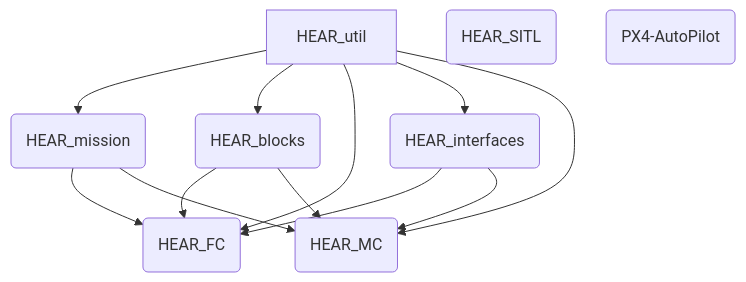
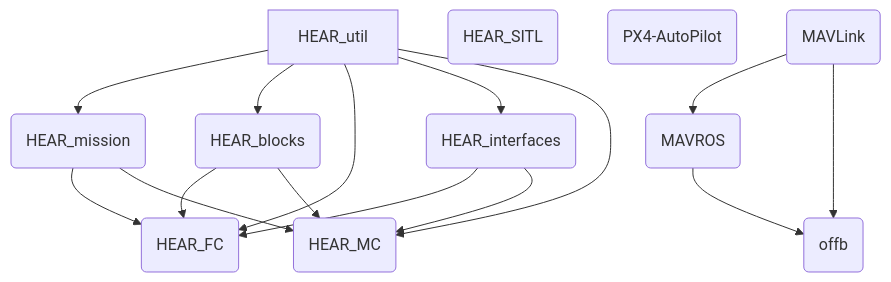
Before and after one commit to DroneLeaf/HEAR_wiki: the diagram in source_management.md, drawn with Mermaid. The commit also changed other lines of this file, not shown here.

Commit message:
Adding offboard_testing

````diff
--- a/source_management.md
+++ b/source_management.md
@@ -19,16 +19,19 @@
 ```mermaid
 flowchart TD
-    A[HEAR_util] -->B(HEAR_mission)
-    A -->C(HEAR_blocks)
-    A -->D(HEAR_FC)
-    A -->F(HEAR_interfaces)
-    B -->D
-    C -->D
-    F -->D
-    A -->E(HEAR_MC)
-    B -->E
-    C -->E
-    F -->E
+    A[HEAR_util] --> B(HEAR_mission)
+    A --> C(HEAR_blocks)
+    A --> D(HEAR_FC)
+    A --> F(HEAR_interfaces)
+    B --> D
+    C --> D
+    F --> D
+    A --> E(HEAR_MC)
+    B --> E
+    C --> E
+    F --> E
     G(HEAR_SITL)
-    H(PX4-AutoPilot)
+    PX4(PX4-AutoPilot)
+    MAVLink(MAVLink) --> MAVROS(MAVROS)
+    MAVLink --> offb(offb)
+    MAVROS --> offb
 ```
````
